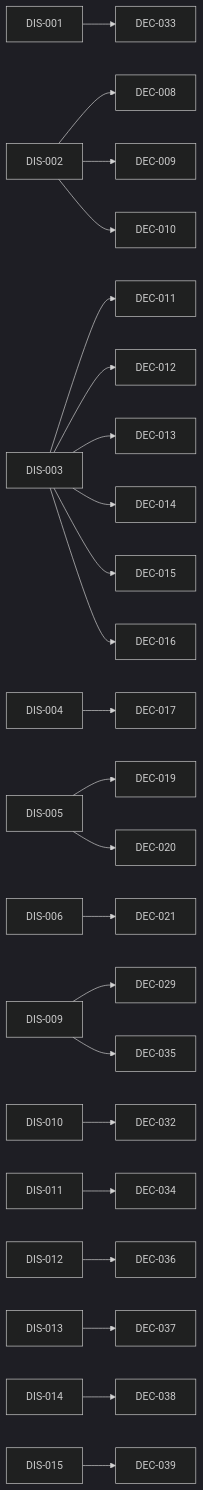
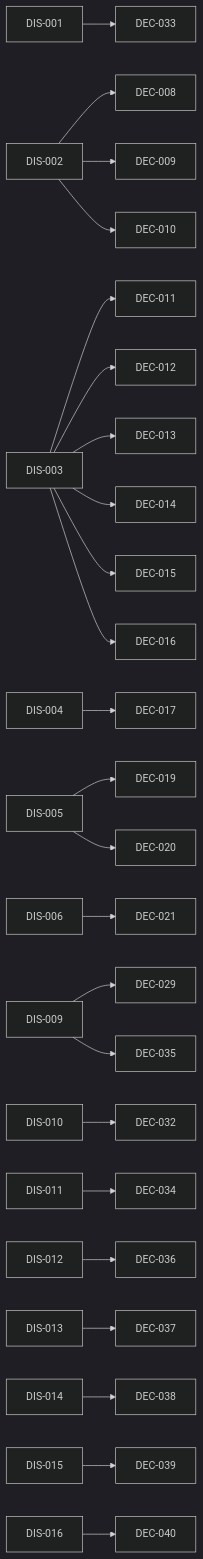
One commit to amartis/sonoai_research_notes changed the diagram in INDEX.md. Above: the diagram before and after it, drawn with Mermaid (dark theme). The commit also changed other lines of this file and 2 other files, not shown here.

First line of the commit message:
DIS-016, DEC-040: root context map, decisions tagged by area, workflow.md linked

````diff
--- a/INDEX.md
+++ b/INDEX.md
@@ -73,25 +75,26 @@
 ```mermaid
 flowchart LR
   DIS_001[DIS-001] --> DEC_033[DEC-033]
   DIS_002[DIS-002] --> DEC_008[DEC-008]
   DIS_002[DIS-002] --> DEC_009[DEC-009]
   DIS_002[DIS-002] --> DEC_010[DEC-010]
   DIS_003[DIS-003] --> DEC_011[DEC-011]
   DIS_003[DIS-003] --> DEC_012[DEC-012]
   DIS_003[DIS-003] --> DEC_013[DEC-013]
   DIS_003[DIS-003] --> DEC_014[DEC-014]
   DIS_003[DIS-003] --> DEC_015[DEC-015]
   DIS_003[DIS-003] --> DEC_016[DEC-016]
   DIS_004[DIS-004] --> DEC_017[DEC-017]
   DIS_005[DIS-005] --> DEC_019[DEC-019]
   DIS_005[DIS-005] --> DEC_020[DEC-020]
   DIS_006[DIS-006] --> DEC_021[DEC-021]
   DIS_009[DIS-009] --> DEC_029[DEC-029]
   DIS_009[DIS-009] --> DEC_035[DEC-035]
   DIS_010[DIS-010] --> DEC_032[DEC-032]
   DIS_011[DIS-011] --> DEC_034[DEC-034]
   DIS_012[DIS-012] --> DEC_036[DEC-036]
   DIS_013[DIS-013] --> DEC_037[DEC-037]
   DIS_014[DIS-014] --> DEC_038[DEC-038]
   DIS_015[DIS-015] --> DEC_039[DEC-039]
+  DIS_016[DIS-016] --> DEC_040[DEC-040]
 ```
````
